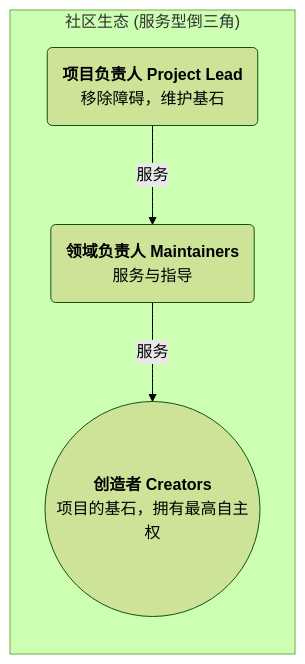
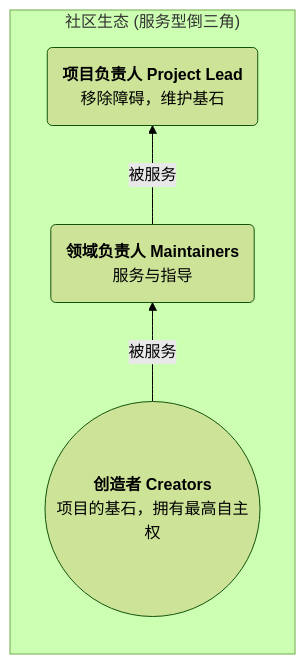
Before and after one commit to rainbow-loong/OneMind: the diagram in doc/open-source-governance/GOVERNANCE_CHARTER.md, drawn with Mermaid (forest theme).

````diff
--- a/doc/open-source-governance/GOVERNANCE_CHARTER.md
+++ b/doc/open-source-governance/GOVERNANCE_CHARTER.md
@@ -36,11 +36,8 @@
     ```mermaid
-    graph BT
+    graph TD
         subgraph "社区生态 (服务型倒三角)"
-            C((<b>创造者 Creators</b><br>项目的基石，拥有最高自主权))
-            M("<b>领域负责人 Maintainers</b><br>服务与指导")
-            P("<b>项目负责人 Project Lead</b><br>移除障碍，维护基石")
-
-            P -- 服务 --> M
-            M -- 服务 --> C
+            direction BT
+            C((<b>创造者 Creators</b><br>项目的基石，拥有最高自主权)) -- "被服务" --> M("<b>领域负责人 Maintainers</b><br>服务与指导")
+            M -- "被服务" --> P("<b>项目负责人 Project Lead</b><br>移除障碍，维护基石")
         end
     ```
````
